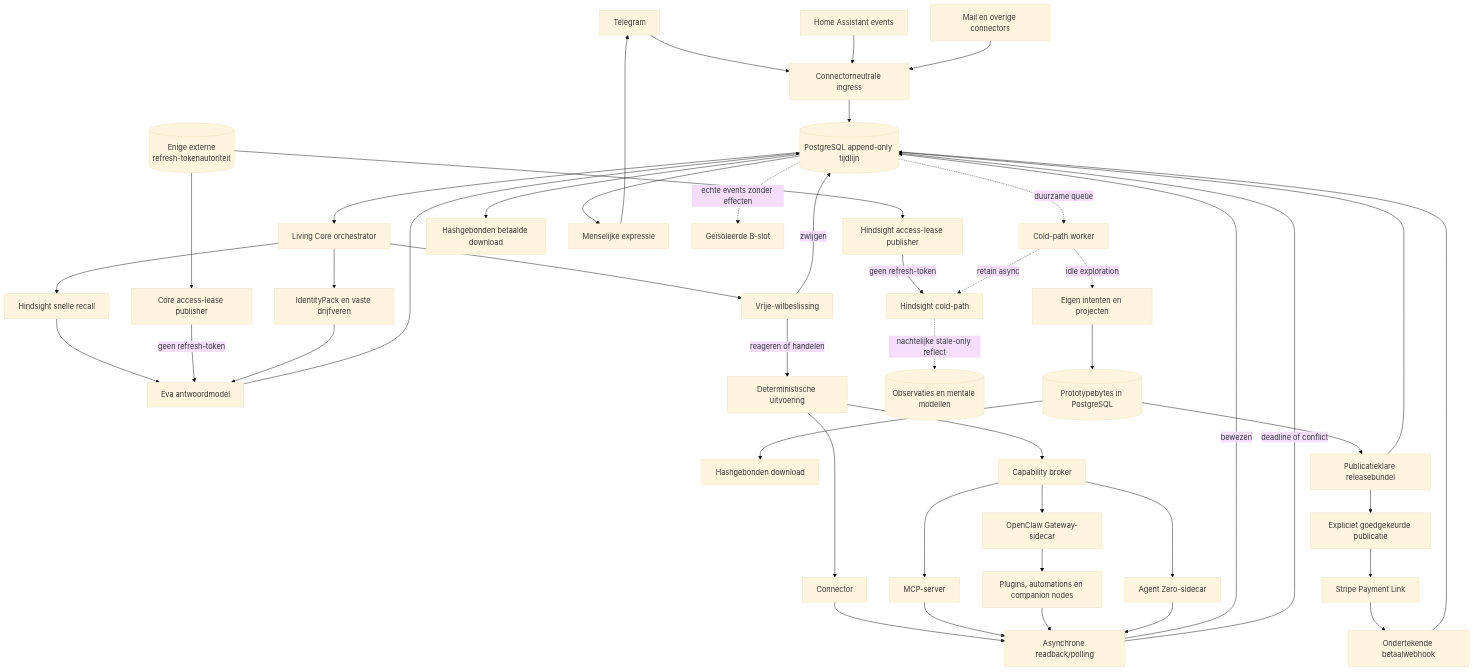
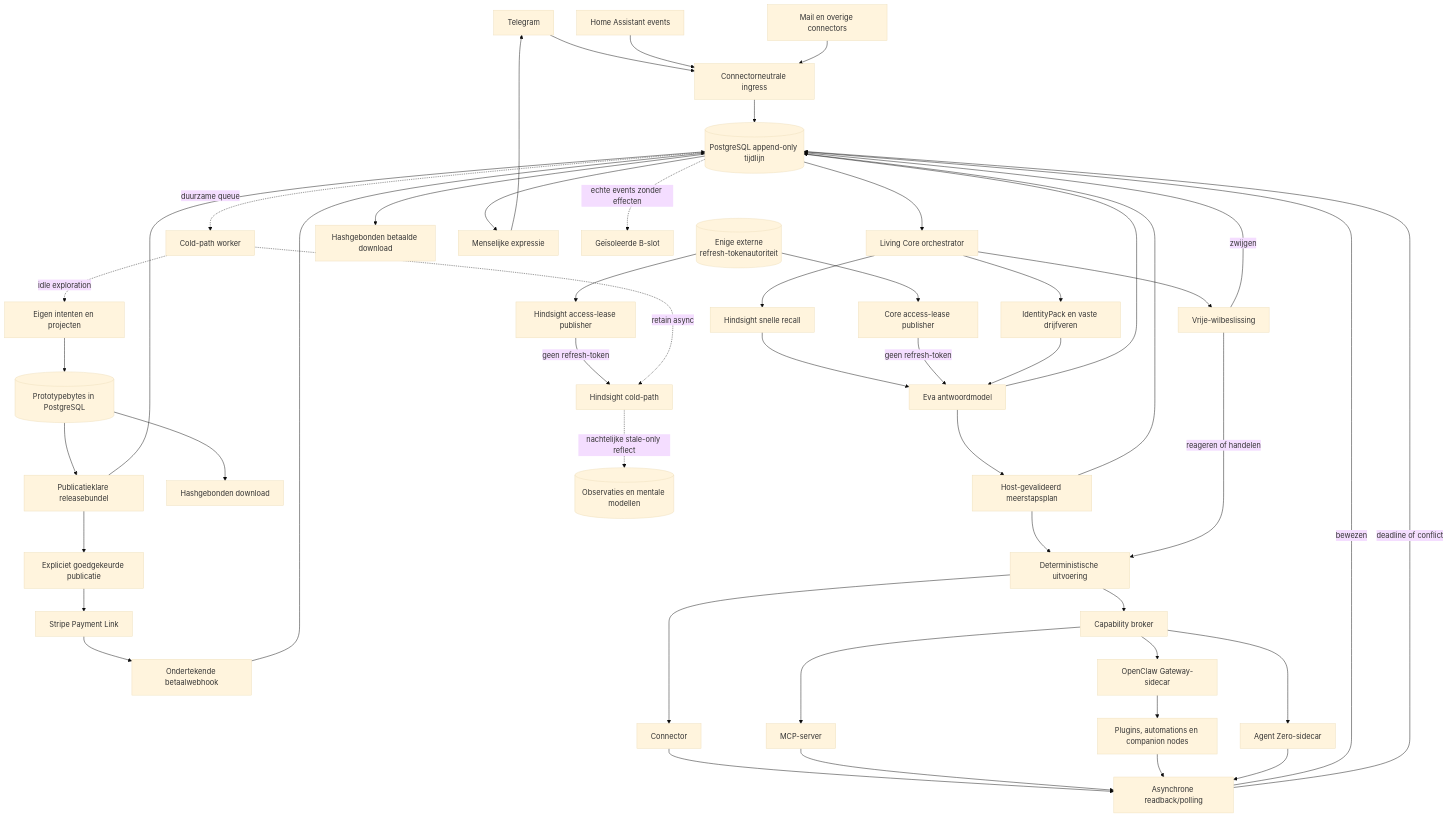
One commit to jaapfrank/eva changed the diagram in eva2/design/architecture/living-core-v1.md. Above: the diagram before and after it, drawn with Mermaid (base theme). The commit also changed other lines of this file and 5 other files, not shown here.

````diff
--- a/eva2/design/architecture/living-core-v1.md
+++ b/eva2/design/architecture/living-core-v1.md
@@ -6,50 +6,53 @@
 ```mermaid
 flowchart TD
     TG[Telegram] --> IN[Connectorneutrale ingress]
     HA[Home Assistant events] --> IN
     MAIL[Mail en overige connectors] --> IN
 
     IN --> ES[(PostgreSQL append-only tijdlijn)]
     ES --> ORCH[Living Core orchestrator]
     ORCH --> HR[Hindsight snelle recall]
     HR --> THINK[Eva antwoordmodel]
     AUTH[(Enige externe\nrefresh-tokenautoriteit)] --> LEASE[Core access-lease publisher]
     AUTH --> HLEASE[Hindsight access-lease publisher]
     LEASE -->|geen refresh-token| THINK
     HLEASE -->|geen refresh-token| HC
     ID --> THINK
     THINK --> ES
+    THINK --> PLAN[Host-gevalideerd meerstapsplan]
+    PLAN --> ES
+    PLAN --> EXEC
     ES -. duurzame queue .-> CW[Cold-path worker]
     CW -. retain async .-> HC[Hindsight cold-path]
     CW -. idle exploration .-> PI[Eigen intenten en projecten]
     PI --> PA[(Prototypebytes in PostgreSQL)]
     PA --> DL[Hashgebonden download]
     PA --> RC[Publicatieklare releasebundel]
     RC --> ES
     RC --> PUB[Expliciet goedgekeurde publicatie]
     PUB --> STRIPE[Stripe Payment Link]
     STRIPE --> WH[Ondertekende betaalwebhook]
     WH --> ES
     ES --> FUL[Hashgebonden betaalde download]
     HC -. nachtelijke stale-only reflect .-> HM[(Observaties en mentale modellen)]
     ORCH --> ID[IdentityPack en vaste drijfveren]
     ORCH --> WILL[Vrije-wilbeslissing]
     WILL -->|zwijgen| ES
     WILL -->|reageren of handelen| EXEC[Deterministische uitvoering]
     EXEC --> OUT[Connector]
     EXEC --> CAP[Capability broker]
     CAP --> MCP[MCP-server]
     CAP --> OCGW[OpenClaw Gateway-sidecar]
     CAP --> A0[Agent Zero-sidecar]
     OCGW --> NODES[Plugins, automations en companion nodes]
     OUT --> VERIFY[Asynchrone readback/polling]
     MCP --> VERIFY
     NODES --> VERIFY
     A0 --> VERIFY
     VERIFY -->|bewezen| ES
     VERIFY -->|deadline of conflict| ES
     ES --> EXPRESS[Menselijke expressie]
     EXPRESS --> TG
 
     ES -. echte events zonder effecten .-> SHADOW[Geïsoleerde B-slot]
 ```
````
